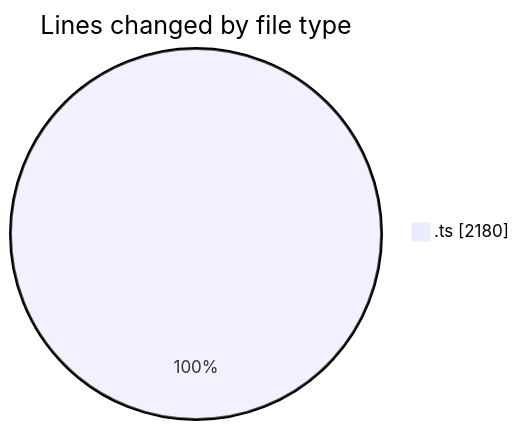
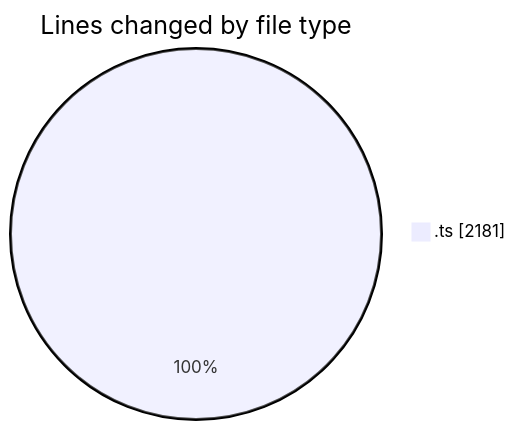
One commit to momahboobian/code-tracking changed the first of 2 diagrams in 2025-10-24/cda/README.md. Above: the diagram before and after it, drawn with Mermaid. The commit also changed other lines of this file and 1 other file, not shown here.

````diff
--- a/2025-10-24/cda/README.md
+++ b/2025-10-24/cda/README.md
@@ -24,5 +24,5 @@
 ```mermaid
 pie showData
 title Lines changed by file type
-".ts" : 2180
+".ts" : 2181
 ```
````
